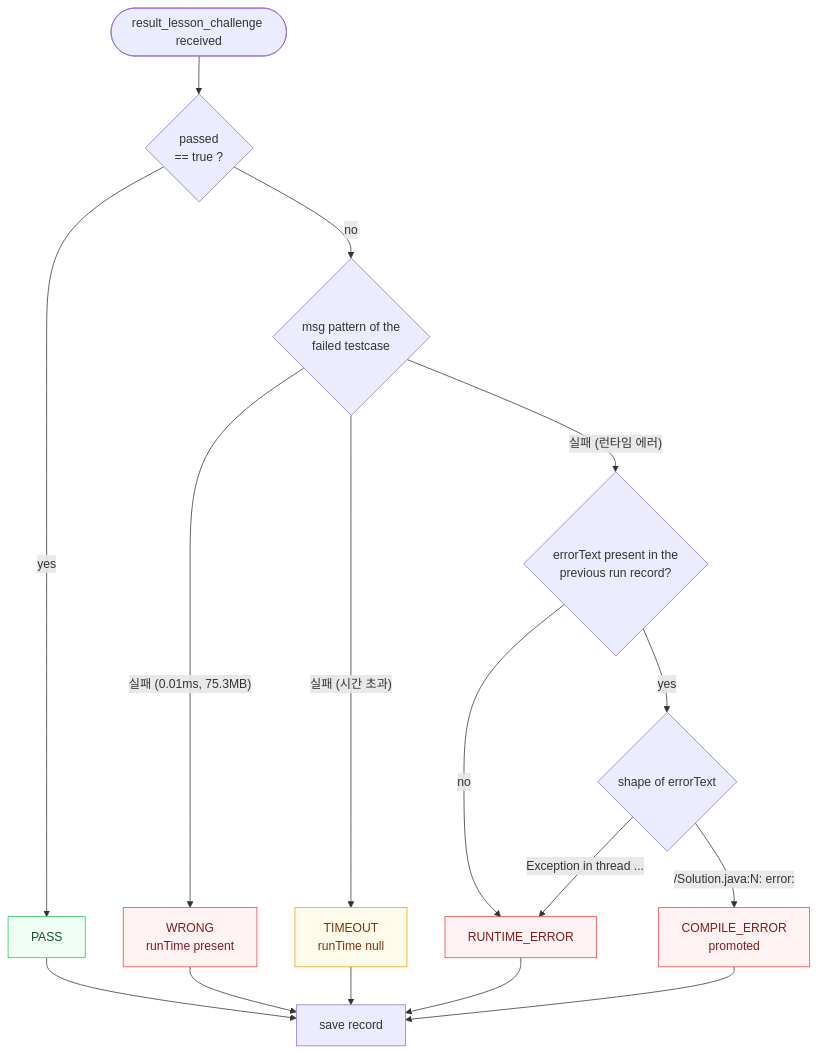
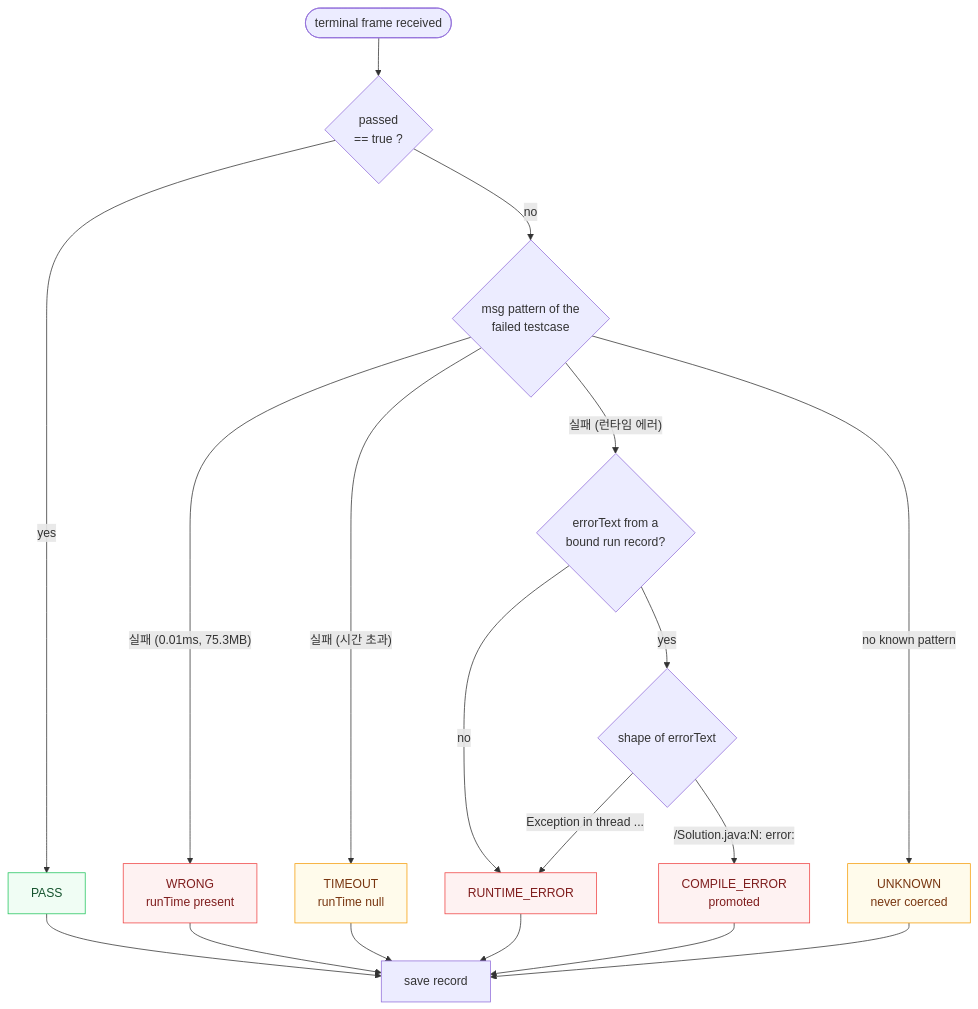
The third of 3 diagrams in docs/superpowers/specs/2026-08-04-programmers-tracker-design.md (BrokenFinger98/programmers-tracker), drawn with Mermaid before and after one commit. The commit also changed other lines of this file and 5 other files, not shown here.

````diff
--- a/docs/superpowers/specs/2026-08-04-programmers-tracker-design.md
+++ b/docs/superpowers/specs/2026-08-04-programmers-tracker-design.md
@@ -193,28 +221,30 @@
 ```mermaid
 flowchart TB
-    START(["result_lesson_challenge received"]) --> PASSED{"passed<br/>== true ?"}
+    START(["terminal frame received"]) --> PASSED{"passed<br/>== true ?"}
     PASSED -->|yes| VPASS["PASS"]
     PASSED -->|no| MSG{"msg pattern of the<br/>failed testcase"}
 
     MSG -->|"실패 (0.01ms, 75.3MB)"| VWRONG["WRONG<br/>runTime present"]
     MSG -->|"실패 (시간 초과)"| VTIME["TIMEOUT<br/>runTime null"]
-    MSG -->|"실패 (런타임 에러)"| PREV{"errorText present in the<br/>previous run record?"}
+    MSG -->|"실패 (런타임 에러)"| PREV{"errorText from a<br/>bound run record?"}
+    MSG -->|"no known pattern"| VUNK["UNKNOWN<br/>never coerced"]
 
     PREV -->|no| VRT["RUNTIME_ERROR"]
     PREV -->|yes| KIND{"shape of errorText"}
     KIND -->|"/Solution.java:N: error:"| VCE["COMPILE_ERROR<br/>promoted"]
     KIND -->|"Exception in thread ..."| VRT
 
     VPASS --> REC["save record"]
     VWRONG --> REC
     VTIME --> REC
     VRT --> REC
     VCE --> REC
+    VUNK --> REC
 
     classDef ok fill:#f0fdf4,stroke:#22c55e,color:#14532d
     classDef bad fill:#fef2f2,stroke:#ef4444,color:#7f1d1d
     classDef warn fill:#fffbeb,stroke:#f59e0b,color:#78350f
     class VPASS ok
     class VWRONG,VRT,VCE bad
-    class VTIME warn
+    class VTIME,VUNK warn
 ```
````
